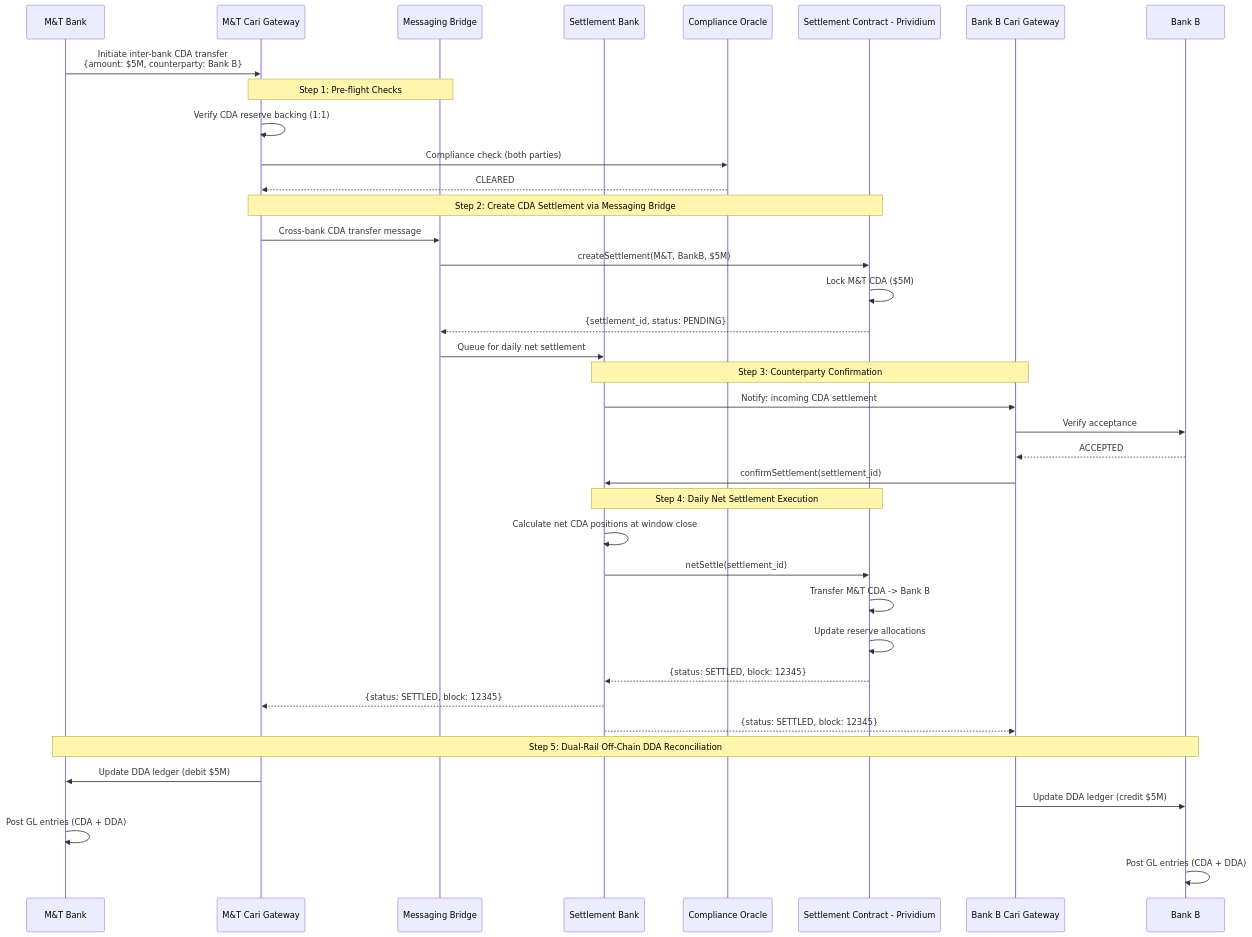
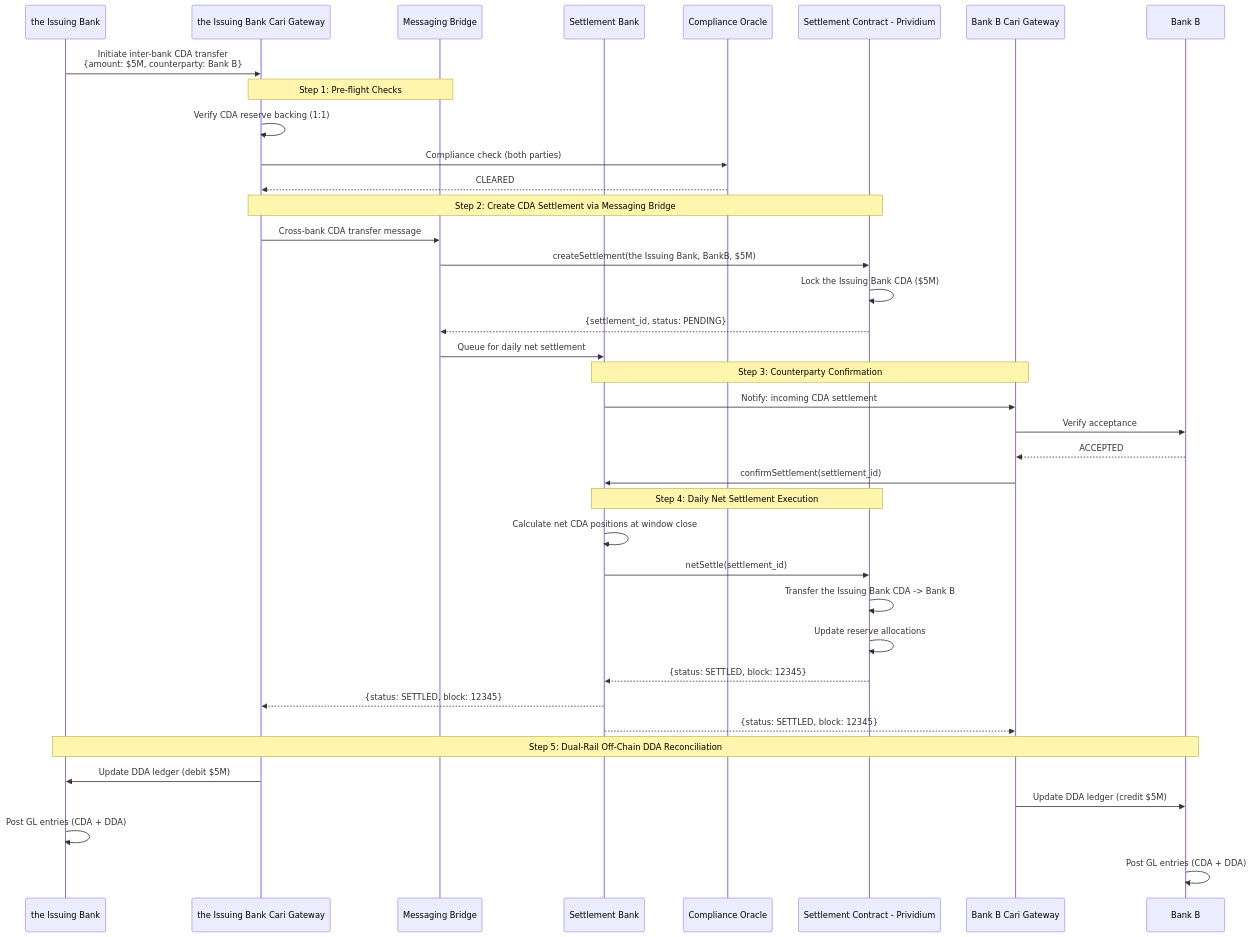
Before and after one commit to jnodes/tokenized-deposits: the third of 7 diagrams in arb_package/end_to_end_flows.md, drawn with Mermaid. The commit also changed other lines of this file and 160 other files, not shown here.

````diff
--- a/arb_package/end_to_end_flows.md
+++ b/arb_package/end_to_end_flows.md
@@ -145,46 +145,46 @@
 ```mermaid
 sequenceDiagram
-    participant MT as M&T Bank
-    participant MT_GW as M&T Cari Gateway
+    participant MT as the Issuing Bank
+    participant MT_GW as the Issuing Bank Cari Gateway
     participant BRIDGE as Messaging Bridge
     participant SBANK as Settlement Bank
     participant ORACLE as Compliance Oracle
     participant SETTLE as Settlement Contract - Prividium
     participant BP_GW as Bank B Cari Gateway
     participant BP as Bank B
 
     MT->>MT_GW: Initiate inter-bank CDA transfer<br/>{amount: $5M, counterparty: Bank B}
 
     Note over MT_GW,BRIDGE: Step 1: Pre-flight Checks
     MT_GW->>MT_GW: Verify CDA reserve backing (1:1)
     MT_GW->>ORACLE: Compliance check (both parties)
     ORACLE-->>MT_GW: CLEARED
 
     Note over MT_GW,SETTLE: Step 2: Create CDA Settlement via Messaging Bridge
     MT_GW->>BRIDGE: Cross-bank CDA transfer message
-    BRIDGE->>SETTLE: createSettlement(M&T, BankB, $5M)
-    SETTLE->>SETTLE: Lock M&T CDA ($5M)
+    BRIDGE->>SETTLE: createSettlement(the Issuing Bank, BankB, $5M)
+    SETTLE->>SETTLE: Lock the Issuing Bank CDA ($5M)
     SETTLE-->>BRIDGE: {settlement_id, status: PENDING}
     BRIDGE->>SBANK: Queue for daily net settlement
 
     Note over SBANK,BP_GW: Step 3: Counterparty Confirmation
     SBANK->>BP_GW: Notify: incoming CDA settlement
     BP_GW->>BP: Verify acceptance
     BP-->>BP_GW: ACCEPTED
     BP_GW->>SBANK: confirmSettlement(settlement_id)
 
     Note over SBANK,SETTLE: Step 4: Daily Net Settlement Execution
     SBANK->>SBANK: Calculate net CDA positions at window close
     SBANK->>SETTLE: netSettle(settlement_id)
-    SETTLE->>SETTLE: Transfer M&T CDA -> Bank B
+    SETTLE->>SETTLE: Transfer the Issuing Bank CDA -> Bank B
     SETTLE->>SETTLE: Update reserve allocations
     SETTLE-->>SBANK: {status: SETTLED, block: 12345}
     SBANK-->>MT_GW: {status: SETTLED, block: 12345}
     SBANK-->>BP_GW: {status: SETTLED, block: 12345}
 
     Note over MT,BP: Step 5: Dual-Rail Off-Chain DDA Reconciliation
     MT_GW->>MT: Update DDA ledger (debit $5M)
     BP_GW->>BP: Update DDA ledger (credit $5M)
     MT->>MT: Post GL entries (CDA + DDA)
     BP->>BP: Post GL entries (CDA + DDA)
 ```
````
